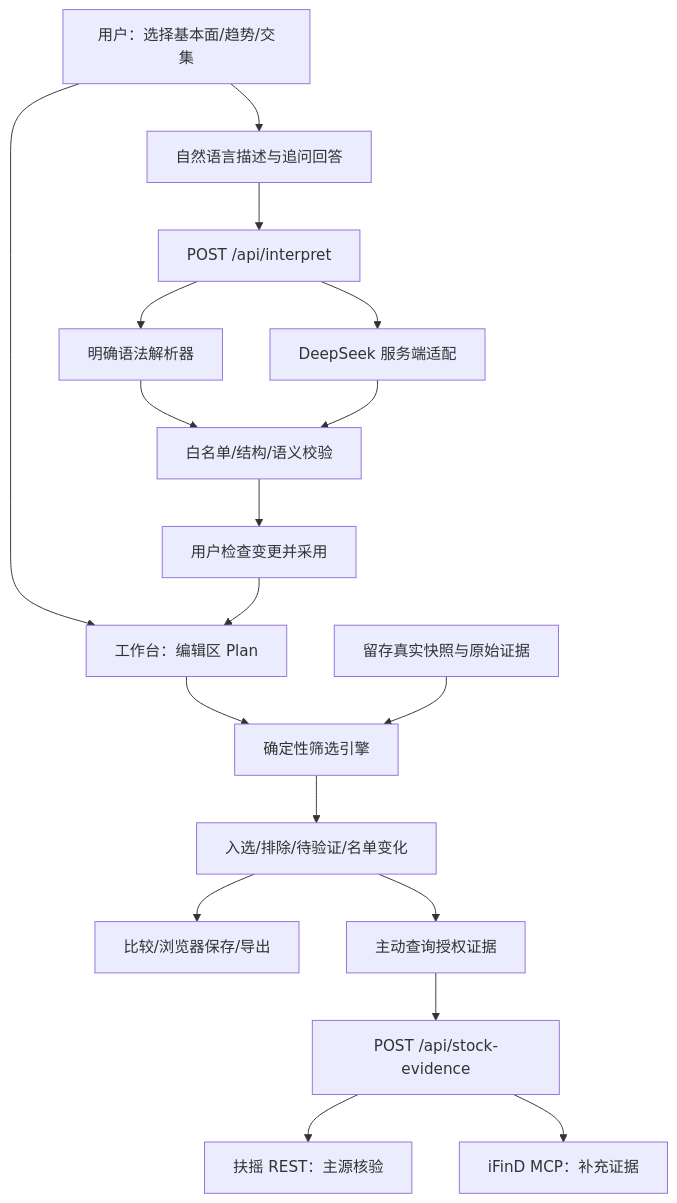
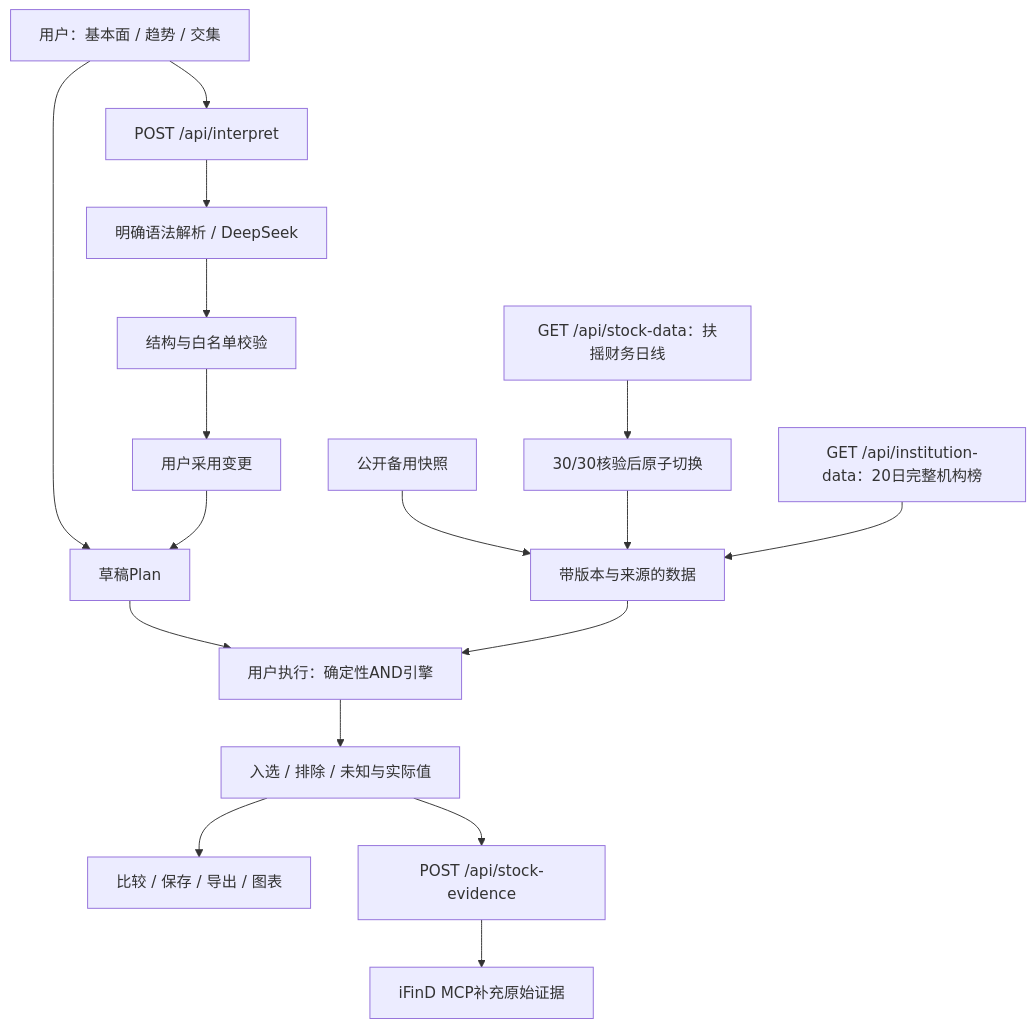
Before and after one commit to rl3591-2170/AI-stock-selecting: the diagram in docs/ARCHITECTURE.md, drawn with Mermaid. The commit also changed other lines of this file and 22 other files, not shown here.

````diff
--- a/docs/ARCHITECTURE.md
+++ b/docs/ARCHITECTURE.md
@@ -3,20 +3,19 @@
 ```mermaid
 flowchart TD
-  U[用户：选择基本面/趋势/交集] --> P[工作台：编辑区 Plan]
-  U --> N[自然语言描述与追问回答]
-  N --> I[POST /api/interpret]
-  I --> L[明确语法解析器]
-  I --> M[DeepSeek 服务端适配]
-  L --> V[白名单/结构/语义校验]
-  M --> V
-  V --> C[用户检查变更并采用]
+  U[用户：基本面 / 趋势 / 交集] --> P[草稿Plan]
+  U --> I[POST /api/interpret]
+  I --> L[明确语法解析 / DeepSeek]
+  L --> V[结构与白名单校验]
+  V --> C[用户采用变更]
   C --> P
-  P --> E[确定性筛选引擎]
-  D[留存真实快照与原始证据] --> E
-  E --> R[入选/排除/待验证/名单变化]
-  R --> X[比较/浏览器保存/导出]
-  R --> Q[主动查询授权证据]
-  Q --> S[POST /api/stock-evidence]
-  S --> F[扶摇 REST：主源核验]
-  S --> J[iFinD MCP：补充证据]
+  P --> E[用户执行：确定性AND引擎]
+  B[公开备用快照] --> D[带版本与来源的数据]
+  F[GET /api/stock-data：扶摇财务日线] --> A[30/30核验后原子切换]
+  A --> D
+  O[GET /api/institution-data：20日完整机构榜] --> D
+  D --> E
+  E --> R[入选 / 排除 / 未知与实际值]
+  R --> X[比较 / 保存 / 导出 / 图表]
+  R --> S[POST /api/stock-evidence]
+  S --> J[iFinD MCP补充原始证据]
 ```
````
